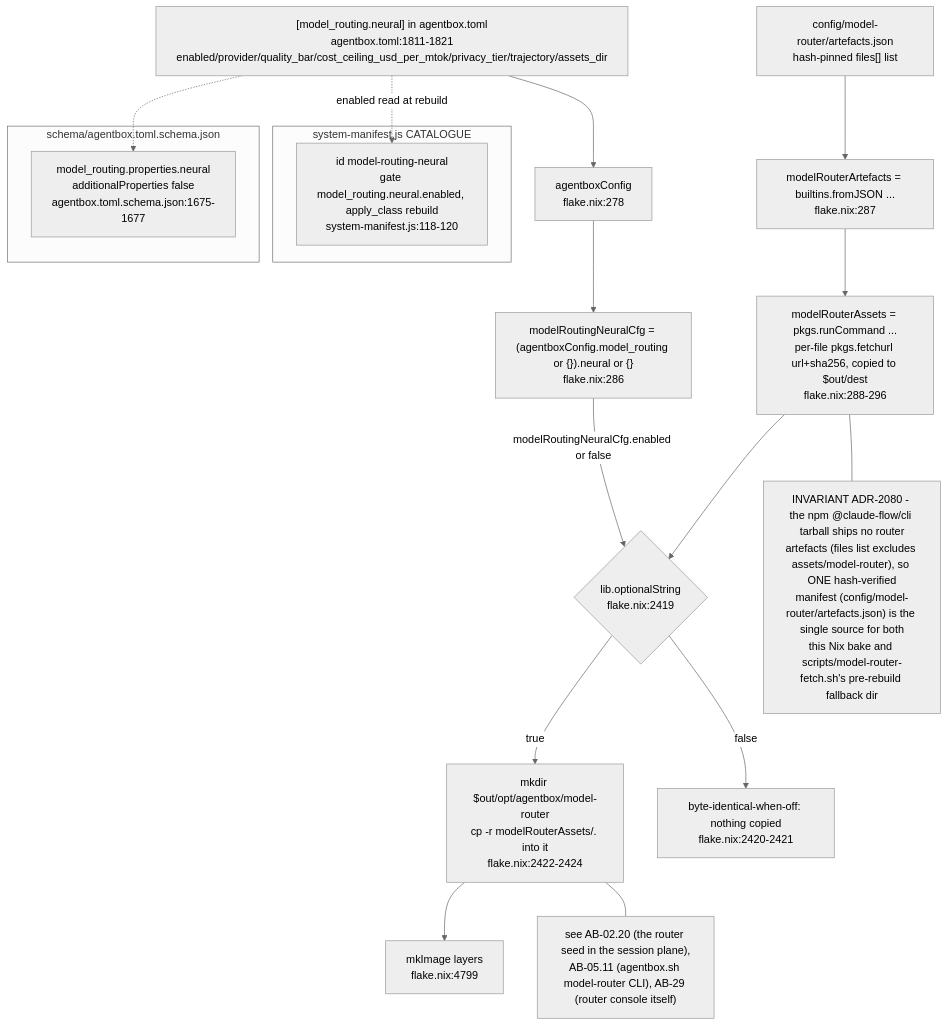
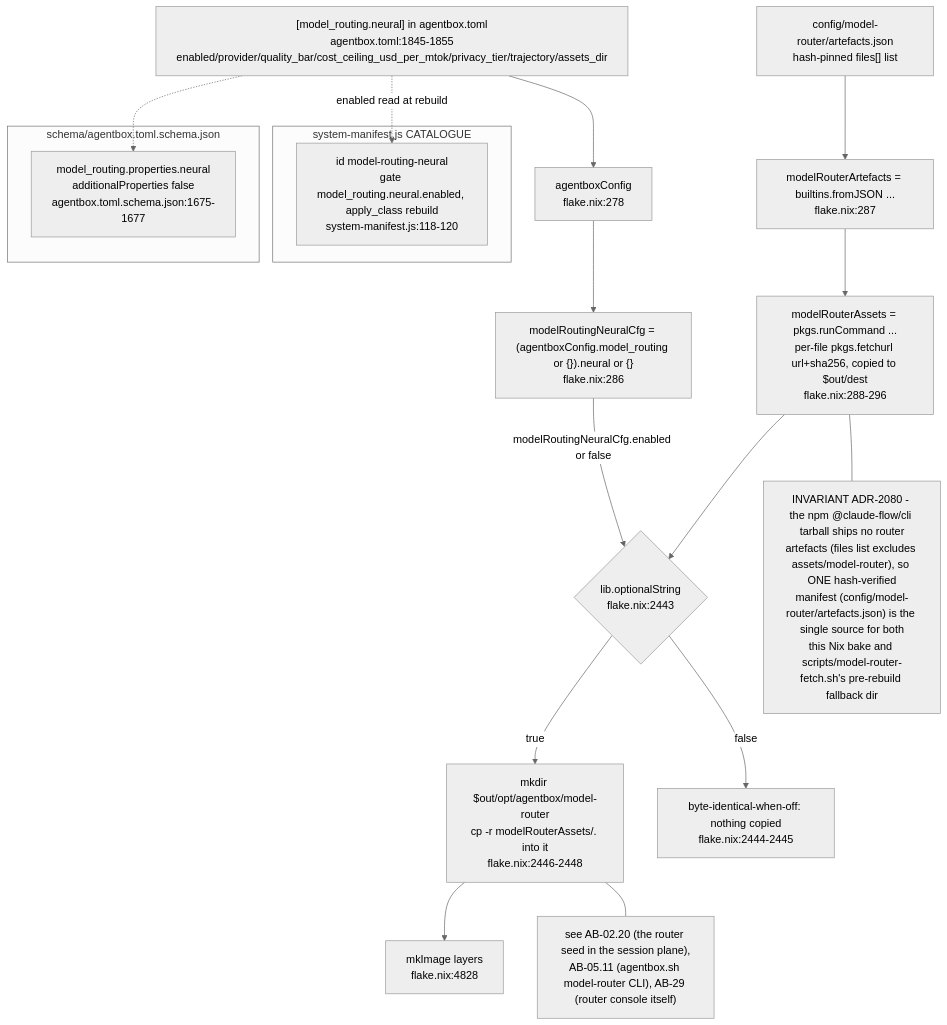
Before and after one commit to DreamLab-AI/VisionFlow: the tenth of 10 diagrams in docs/diagrams/agentbox/01-nix-flake-composition.md, drawn with Mermaid (neutral theme). The commit also changed other lines of this file, not shown here.

First line of the commit message:
diagrams(agentbox): re-verify AB-01 at agentbox 59b1aca

````diff
--- a/docs/diagrams/agentbox/01-nix-flake-composition.md
+++ b/docs/diagrams/agentbox/01-nix-flake-composition.md
@@ -481,29 +481,29 @@
 ```mermaid
 flowchart TB
-    TOML2["[model_routing.neural] in agentbox.toml<br/>agentbox.toml:1811-1821<br/>enabled/provider/quality_bar/cost_ceiling_usd_per_mtok/privacy_tier/trajectory/assets_dir"] --> CFG2["agentboxConfig<br/>flake.nix:278"]
+    TOML2["[model_routing.neural] in agentbox.toml<br/>agentbox.toml:1845-1855<br/>enabled/provider/quality_bar/cost_ceiling_usd_per_mtok/privacy_tier/trajectory/assets_dir"] --> CFG2["agentboxConfig<br/>flake.nix:278"]
     CFG2 --> MRNCFG["modelRoutingNeuralCfg = (agentboxConfig.model_routing or {}).neural or {}<br/>flake.nix:286"]
     ARTJSON["config/model-router/artefacts.json<br/>hash-pinned files[] list"] --> MRNFETCH["modelRouterArtefacts = builtins.fromJSON ...<br/>flake.nix:287"]
     MRNFETCH --> MRNASSETS["modelRouterAssets = pkgs.runCommand ...<br/>per-file pkgs.fetchurl url+sha256, copied to $out/dest<br/>flake.nix:288-296"]
 
-    MRNCFG -->|"modelRoutingNeuralCfg.enabled or false"| GATE{"lib.optionalString<br/>flake.nix:2419"}
+    MRNCFG -->|"modelRoutingNeuralCfg.enabled or false"| GATE{"lib.optionalString<br/>flake.nix:2443"}
     MRNASSETS --> GATE
-    GATE -->|true| BAKE["mkdir $out/opt/agentbox/model-router<br/>cp -r modelRouterAssets/. into it<br/>flake.nix:2422-2424"]
-    GATE -->|false| SKIP["byte-identical-when-off: nothing copied<br/>flake.nix:2420-2421"]
-    BAKE --> ALLPKG2["mkImage layers<br/>flake.nix:4799"]
+    GATE -->|true| BAKE["mkdir $out/opt/agentbox/model-router<br/>cp -r modelRouterAssets/. into it<br/>flake.nix:2446-2448"]
+    GATE -->|false| SKIP["byte-identical-when-off: nothing copied<br/>flake.nix:2444-2445"]
+    BAKE --> ALLPKG2["mkImage layers<br/>flake.nix:4828"]
 
     subgraph MANIFEST2["system-manifest.js CATALOGUE"]
         MRNENTRY["id model-routing-neural<br/>gate model_routing.neural.enabled, apply_class rebuild<br/>system-manifest.js:118-120"]
     end
     TOML2 -.->|"enabled read at rebuild"| MRNENTRY
 
     subgraph SCHEMA2["schema/agentbox.toml.schema.json"]
         NEURALSCHEMA["model_routing.properties.neural<br/>additionalProperties false<br/>agentbox.toml.schema.json:1675-1677"]
     end
     TOML2 -.-> NEURALSCHEMA
 
     NOTE1["INVARIANT ADR-2080 - the npm @claude-flow/cli tarball ships no router<br/>artefacts (files list excludes assets/model-router), so ONE hash-verified<br/>manifest (config/model-router/artefacts.json) is the single source for both<br/>this Nix bake and scripts/model-router-fetch.sh's pre-rebuild fallback dir"]
     MRNASSETS --- NOTE1
 
     NOTE2["see AB-02.20 (the router seed in the session plane),<br/>AB-05.11 (agentbox.sh model-router CLI), AB-29 (router console itself)"]
     BAKE --- NOTE2
 ```
````
